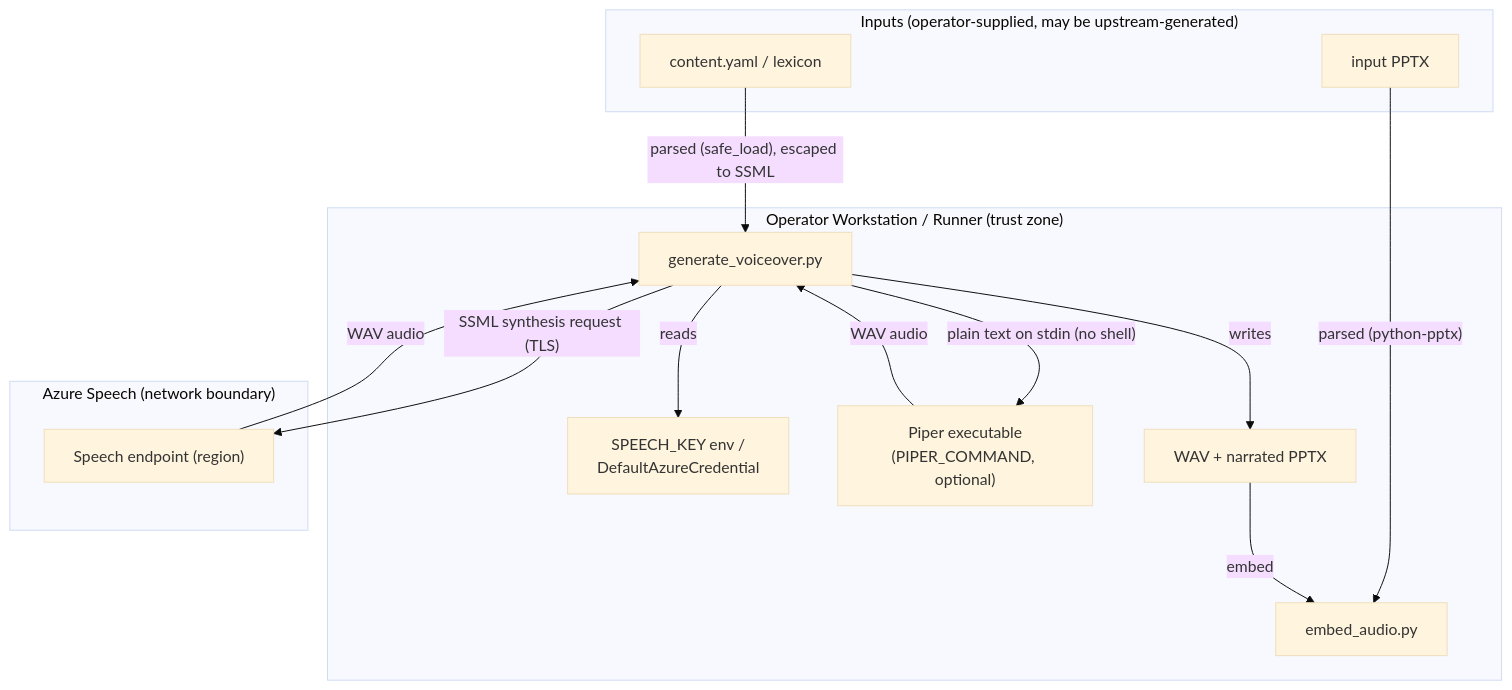
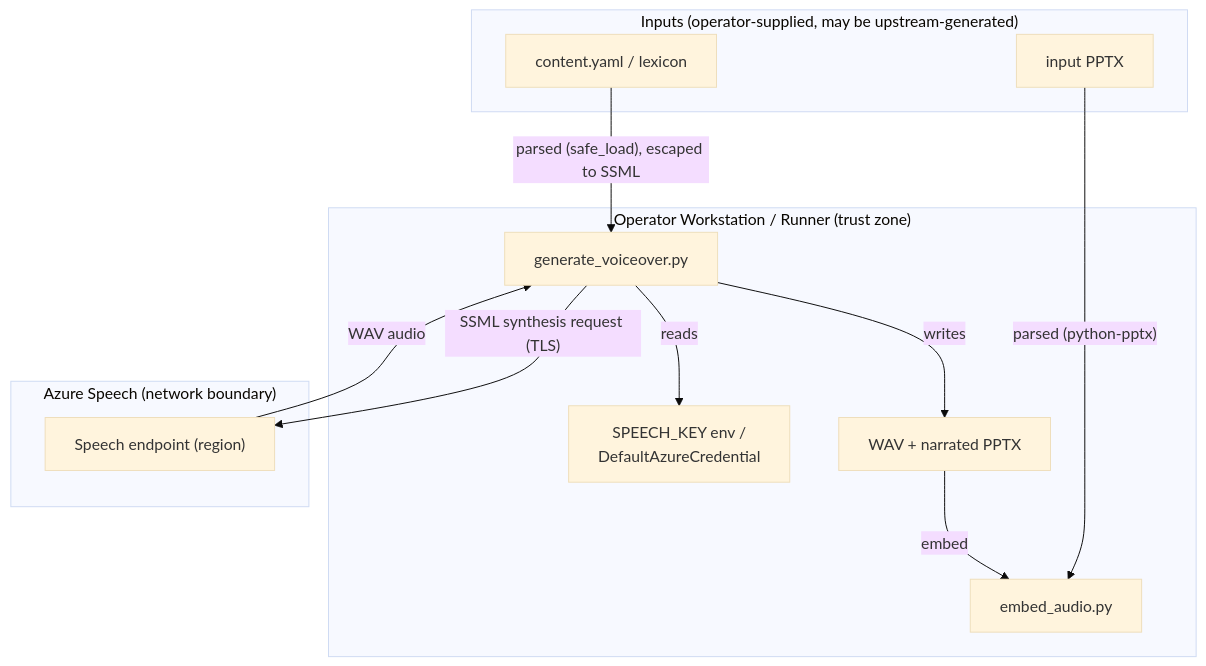
Before and after one commit to gabrielmoreira/agent-skills-mirror: the diagram in mirrors/repos/microsoft@hve-core/.github/skills/experimental/tts-voiceover/SECURITY.md, drawn with Mermaid (base theme). The commit also changed other lines of this file and 2650 other files, not shown here.

````diff
--- a/mirrors/repos/microsoft@hve-core/.github/skills/experimental/tts-voiceover/SECURITY.md
+++ b/mirrors/repos/microsoft@hve-core/.github/skills/experimental/tts-voiceover/SECURITY.md
@@ -62,26 +61,23 @@
 ```mermaid
 flowchart TD
     subgraph HOST["Operator Workstation / Runner (trust zone)"]
         GEN["generate_voiceover.py"]
         EMB["embed_audio.py"]
         CRED["SPEECH_KEY env /<br/>DefaultAzureCredential"]
-        PIPER["Piper executable<br/>(PIPER_COMMAND, optional)"]
         OUTW["WAV + narrated PPTX"]
     end
     subgraph INPUT["Inputs (operator-supplied, may be upstream-generated)"]
         YAML["content.yaml / lexicon"]
         PPTX["input PPTX"]
     end
     subgraph AZURE["Azure Speech (network boundary)"]
         SPEECH["Speech endpoint (region)"]
     end
     YAML -->|"parsed (safe_load), escaped to SSML"| GEN
     GEN -->|"reads"| CRED
     GEN -->|"SSML synthesis request (TLS)"| SPEECH
     SPEECH -->|"WAV audio"| GEN
-    GEN -->|"plain text on stdin (no shell)"| PIPER
-    PIPER -->|"WAV audio"| GEN
     GEN -->|"writes"| OUTW
     PPTX -->|"parsed (python-pptx)"| EMB
     OUTW -->|"embed"| EMB
 ```
````
